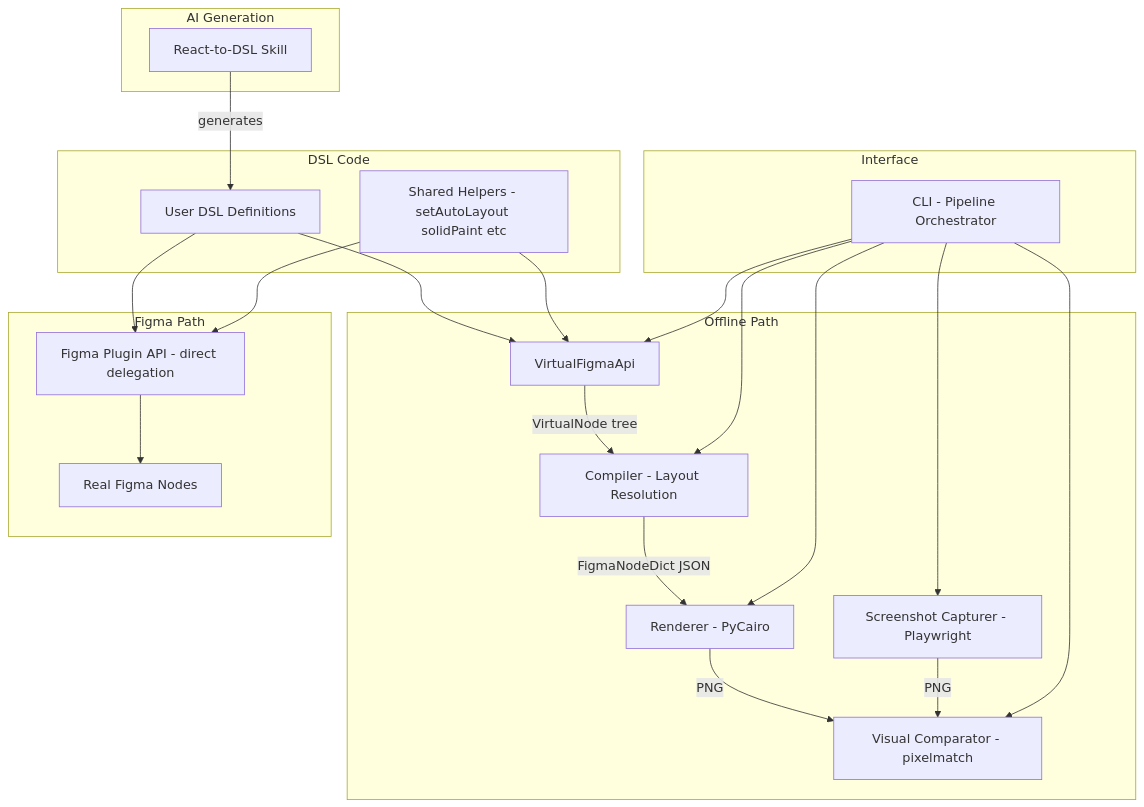
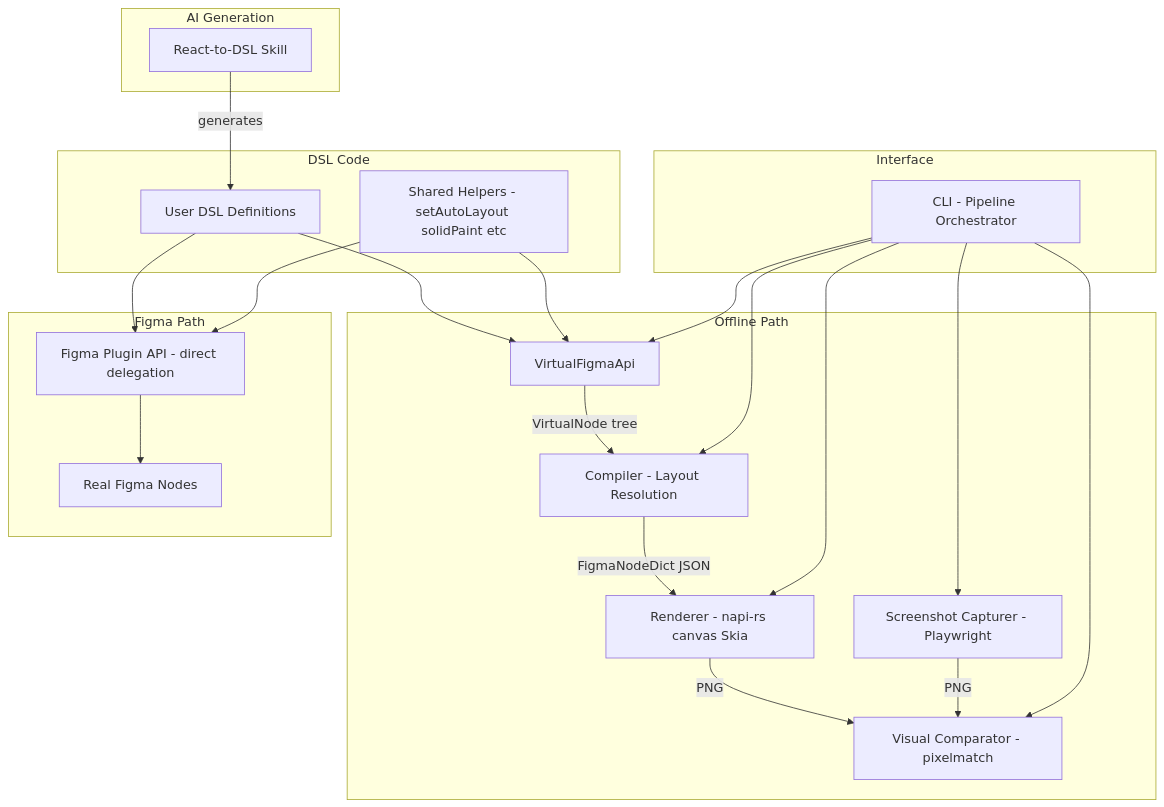
One commit to TETRA2000/figma-component-dsl changed the first of 6 diagrams in .kiro/specs/figma-component-dsl/design.md. Above: the diagram before and after it, drawn with Mermaid. The commit also changed other lines of this file and 3 other files, not shown here.

First line of the commit message:
Replace PyCairo with @napi-rs/canvas to drop Python dependency

````diff
--- a/.kiro/specs/figma-component-dsl/design.md
+++ b/.kiro/specs/figma-component-dsl/design.md
@@ -34,44 +34,44 @@
 ```mermaid
 graph TB
     subgraph DSL Code
         UserCode[User DSL Definitions]
         Helpers[Shared Helpers - setAutoLayout solidPaint etc]
     end
 
     subgraph Offline Path
         VirtualApi[VirtualFigmaApi]
         Compiler[Compiler - Layout Resolution]
-        Renderer[Renderer - PyCairo]
+        Renderer[Renderer - napi-rs canvas Skia]
         Capturer[Screenshot Capturer - Playwright]
         Comparator[Visual Comparator - pixelmatch]
     end
 
     subgraph Figma Path
         PluginApi[Figma Plugin API - direct delegation]
         FigmaNodes[Real Figma Nodes]
     end
 
     subgraph AI Generation
         AISkill[React-to-DSL Skill]
     end
 
     subgraph Interface
         CLI[CLI - Pipeline Orchestrator]
     end
 
     AISkill -->|generates| UserCode
     UserCode --> VirtualApi
     UserCode --> PluginApi
     Helpers --> VirtualApi
     Helpers --> PluginApi
     VirtualApi -->|VirtualNode tree| Compiler
     Compiler -->|FigmaNodeDict JSON| Renderer
     Renderer -->|PNG| Comparator
     Capturer -->|PNG| Comparator
     PluginApi --> FigmaNodes
     CLI --> VirtualApi
     CLI --> Compiler
     CLI --> Renderer
     CLI --> Capturer
     CLI --> Comparator
 ```
````
